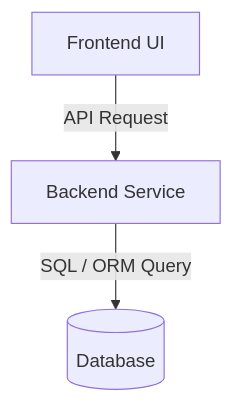
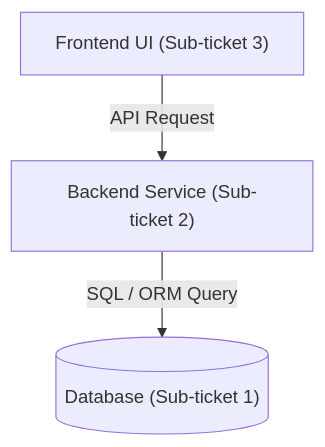
One commit to pato-byepaper/agentic-engineering changed the diagram in .agents/skills/tech-lead/resources/technical_spec_template.md. Above: the diagram before and after it, drawn with Mermaid. The commit also changed other lines of this file and 3 other files, not shown here.

````diff
--- a/.agents/skills/tech-lead/resources/technical_spec_template.md
+++ b/.agents/skills/tech-lead/resources/technical_spec_template.md
@@ -5,5 +5,5 @@
 ```mermaid
 flowchart TD
-    Client["Frontend UI"] -->|"API Request"| API["Backend Service"]
-    API -->|"SQL / ORM Query"| DB[("Database")]
+    Client["Frontend UI (Sub-ticket 3)"] -->|"API Request"| API["Backend Service (Sub-ticket 2)"]
+    API -->|"SQL / ORM Query"| DB[("Database (Sub-ticket 1)")]
 ```
````
